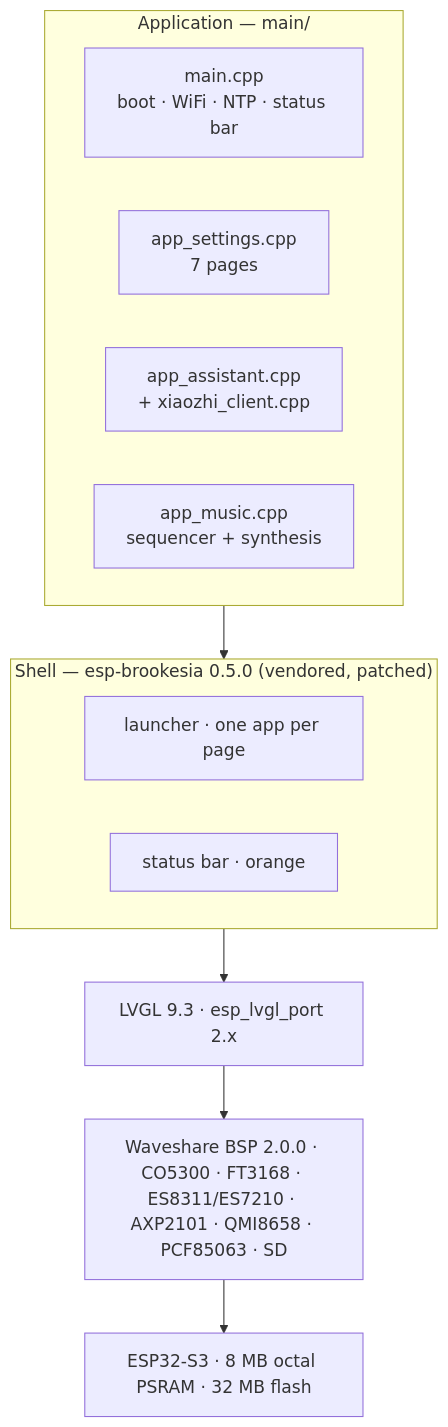
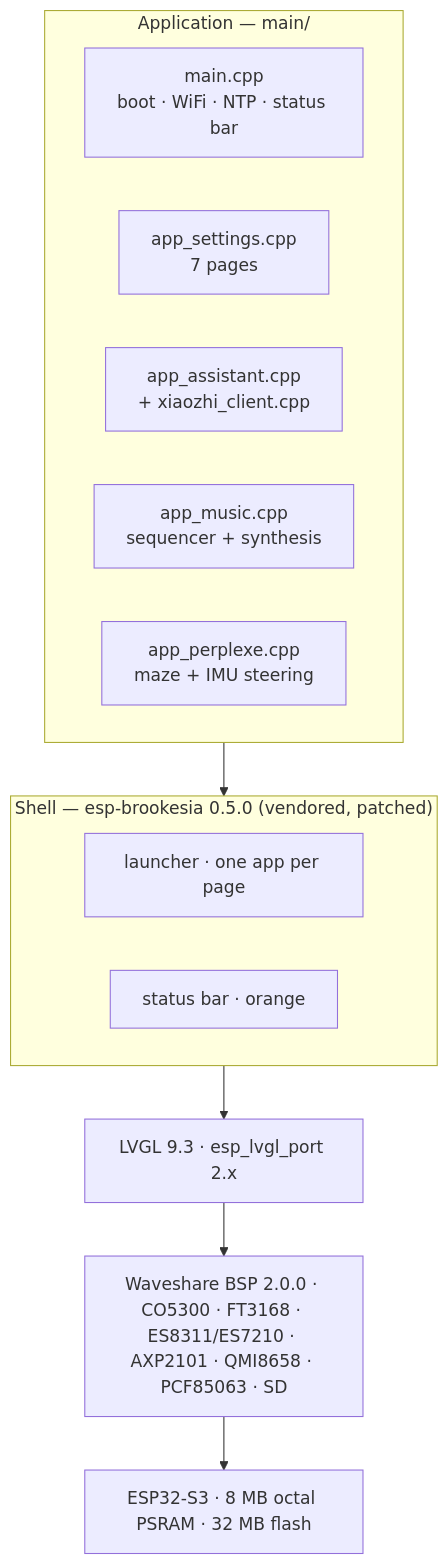
One commit to withinaz/watch-esp32 changed the diagram in README.md. Above: the diagram before and after it, drawn with Mermaid. The commit also changed other lines of this file and 14 other files, not shown here.

````diff
--- a/README.md
+++ b/README.md
@@ -134,18 +137,19 @@
 ```mermaid
 flowchart TB
   subgraph app["Application — main/"]
     M["main.cpp<br/>boot · WiFi · NTP · status bar"]
     S["app_settings.cpp<br/>7 pages"]
     A["app_assistant.cpp<br/>+ xiaozhi_client.cpp"]
     U["app_music.cpp<br/>sequencer + synthesis"]
+    P["app_perplexe.cpp<br/>maze + IMU steering"]
   end
   subgraph shell["Shell — esp-brookesia 0.5.0 (vendored, patched)"]
     L["launcher · one app per page"]
     SB["status bar · orange"]
   end
   gfx["LVGL 9.3 · esp_lvgl_port 2.x"]
   bsp["Waveshare BSP 2.0.0 · CO5300 · FT3168 · ES8311/ES7210 · AXP2101 · QMI8658 · PCF85063 · SD"]
   hw["ESP32-S3 · 8 MB octal PSRAM · 32 MB flash"]
 
   app --> shell --> gfx --> bsp --> hw
 ```
````
